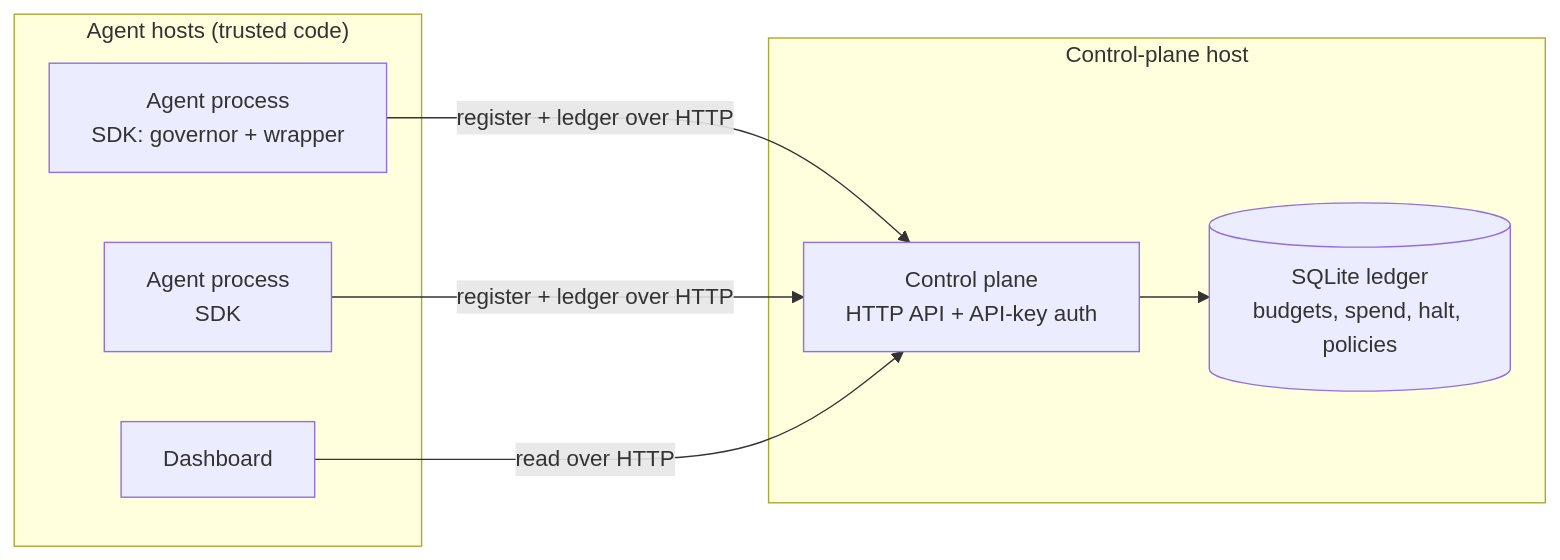
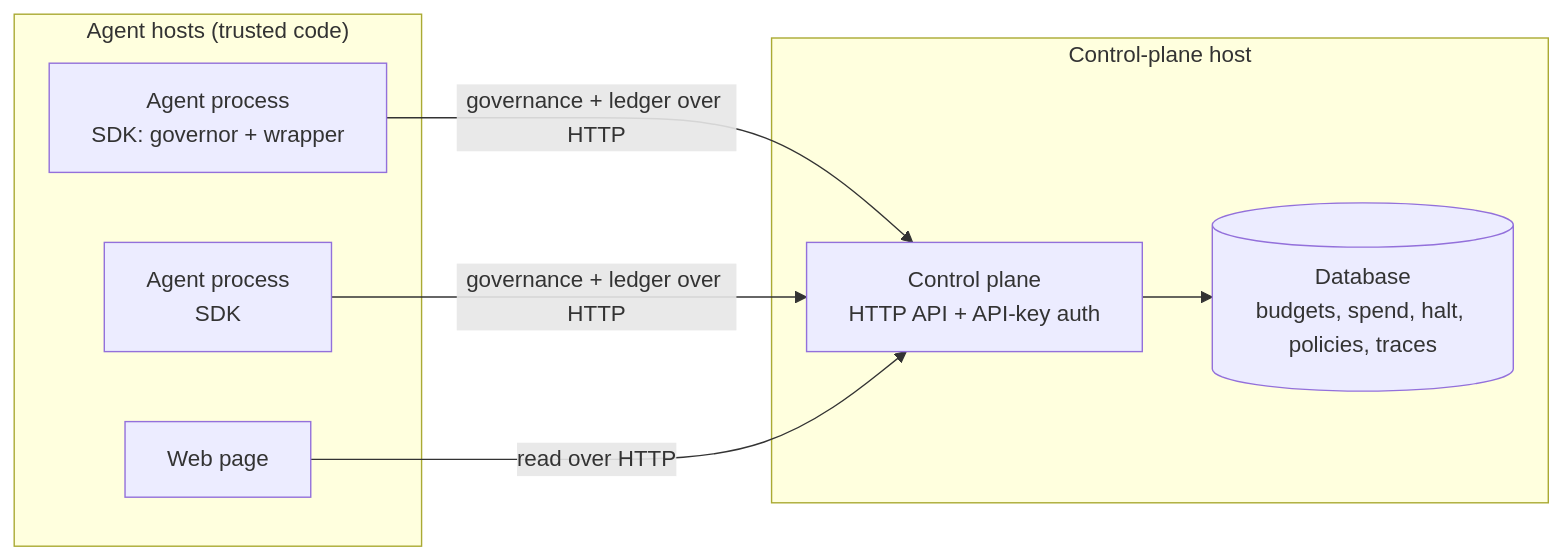
The diagram in docs/security/threat-model.md (Yashika-1705/Tokenops_collab), drawn with Mermaid before and after one commit. The commit also changed other lines of this file and 33 other files, not shown here.

````diff
--- a/docs/security/threat-model.md
+++ b/docs/security/threat-model.md
@@ -33,16 +33,16 @@
 ```mermaid
 flowchart LR
     subgraph agenthost["Agent hosts (trusted code)"]
         A1["Agent process<br/>SDK: governor + wrapper"]
         A2["Agent process<br/>SDK"]
-        UI["Dashboard"]
+        UI["Web page"]
     end
     subgraph planehost["Control-plane host"]
         CP["Control plane<br/>HTTP API + API-key auth"]
-        DB[("SQLite ledger<br/>budgets, spend, halt, policies")]
+        DB[("Database<br/>budgets, spend, halt, policies, traces")]
         CP --> DB
     end
-    A1 -->|"register + ledger over HTTP"| CP
-    A2 -->|"register + ledger over HTTP"| CP
+    A1 -->|"governance + ledger over HTTP"| CP
+    A2 -->|"governance + ledger over HTTP"| CP
     UI -->|"read over HTTP"| CP
 ```
````
